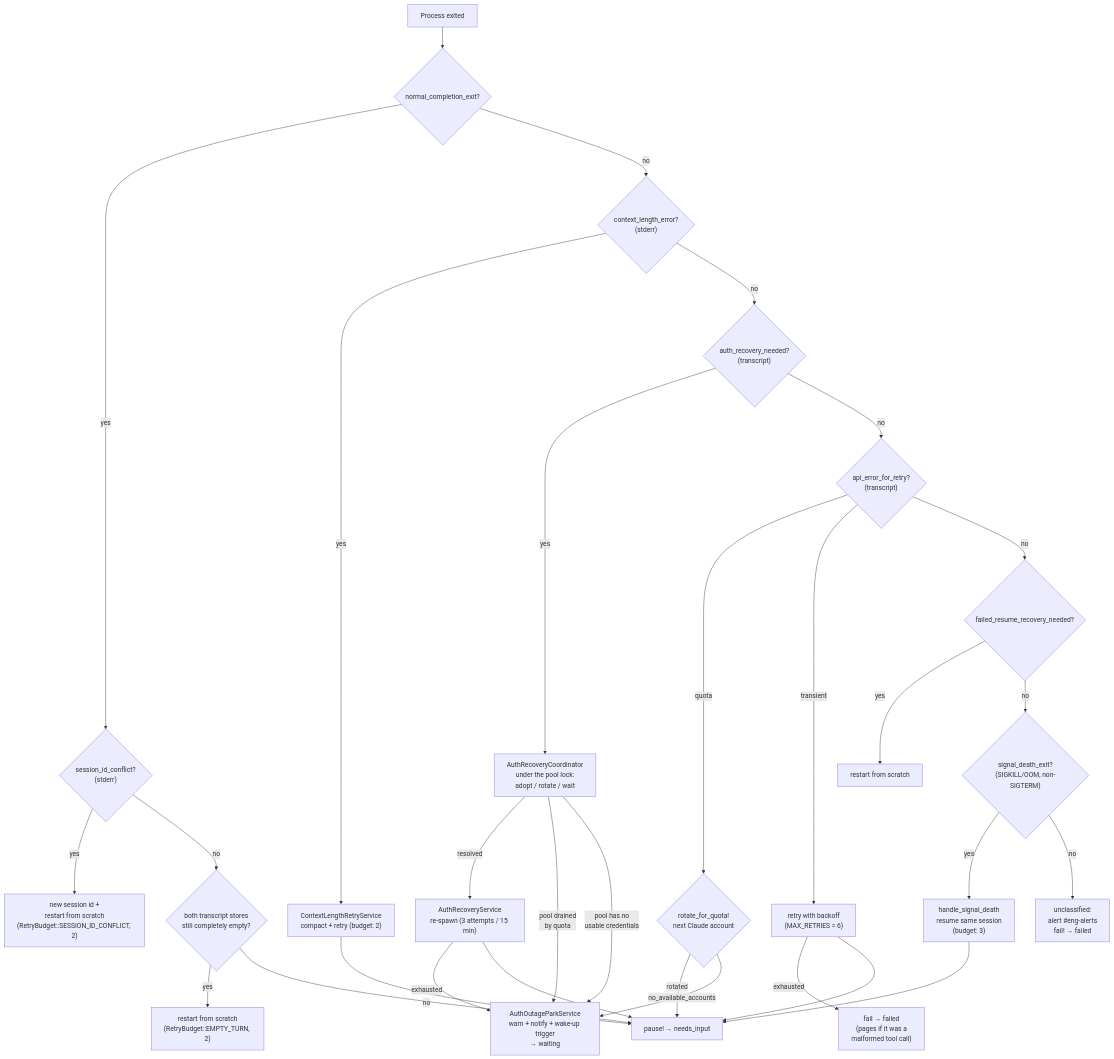
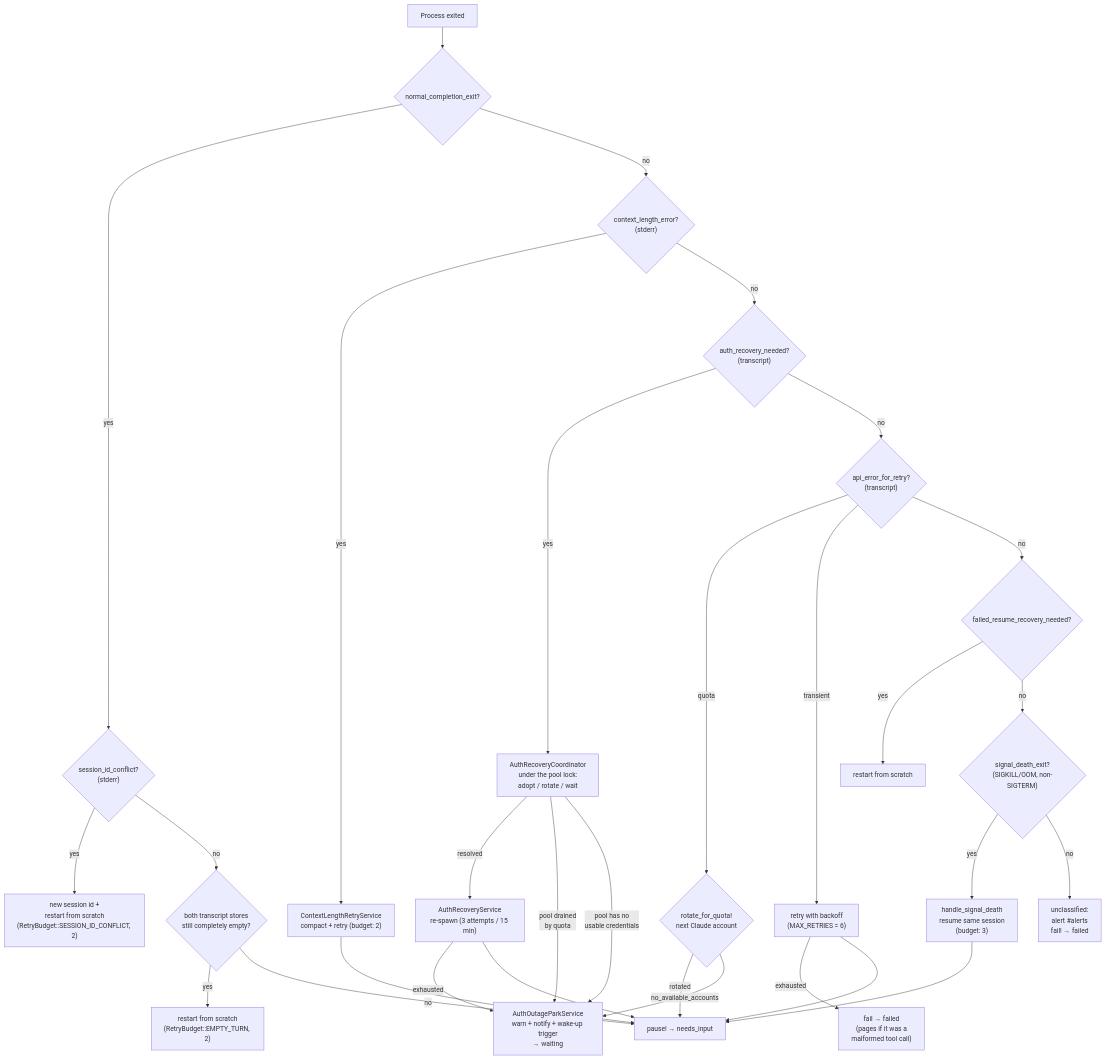
Before and after one commit to tadasant/zimmer: the second of 2 diagrams in docs/src/content/docs/sessions/spawning.md, drawn with Mermaid. The commit also changed other lines of this file and 31 other files, not shown here.

First line of the commit message:
fix(alerts): address fresh-eyes review of the AlertService retirement

````diff
--- a/docs/src/content/docs/sessions/spawning.md
+++ b/docs/src/content/docs/sessions/spawning.md
@@ -954,32 +954,32 @@
 ```mermaid
 flowchart TD
     E["Process exited"] --> N{"normal_completion_exit?"}
     N -->|yes| SI{"session_id_conflict?<br/>(stderr)"}
     SI -->|yes| SIR["new session id +<br/>restart from scratch<br/>(RetryBudget::SESSION_ID_CONFLICT, 2)"]
     SI -->|no| ET{"both transcript stores<br/>still completely empty?"}
     ET -->|yes| ETR["restart from scratch<br/>(RetryBudget::EMPTY_TURN, 2)"]
     ET -->|no| P["pause! → needs_input"]
     N -->|no| C{"context_length_error?<br/>(stderr)"}
     C -->|yes| CR["ContextLengthRetryService<br/>compact + retry (budget: 2)"]
     C -->|no| A{"auth_recovery_needed?<br/>(transcript)"}
     A -->|yes| AC["AuthRecoveryCoordinator<br/>under the pool lock:<br/>adopt / rotate / wait"]
     AC -->|resolved| AR["AuthRecoveryService<br/>re-spawn (3 attempts / 15 min)"]
     AC -->|"pool drained<br/>by quota"| PARK["AuthOutageParkService<br/>warn + notify + wake-up trigger<br/>→ waiting"]
     AC -->|"pool has no<br/>usable credentials"| PARK
     AR -->|exhausted| PARK
     A -->|no| Q{"api_error_for_retry?<br/>(transcript)"}
     Q -->|quota| RO{"rotate_for_quota!<br/>next Claude account"}
     RO -->|rotated| P
     RO -->|no_available_accounts| PARK
     Q -->|transient| RT["retry with backoff<br/>(MAX_RETRIES = 6)"]
     RT -->|exhausted| RTF["fail → failed<br/>(pages if it was a<br/>malformed tool call)"]
     Q -->|no| F{"failed_resume_recovery_needed?"}
     F -->|yes| FR["restart from scratch"]
     F -->|no| SD{"signal_death_exit?<br/>(SIGKILL/OOM, non-SIGTERM)"}
     SD -->|yes| SDR["handle_signal_death<br/>resume same session<br/>(budget: 3)"]
-    SD -->|no| FAIL["unclassified:<br/>alert #eng-alerts<br/>fail! → failed"]
+    SD -->|no| FAIL["unclassified:<br/>alert #alerts<br/>fail! → failed"]
     CR --> P
     AR --> P
     RT --> P
     SDR --> P
 ```
````
